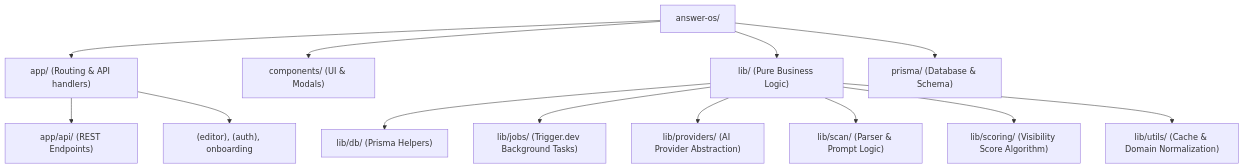
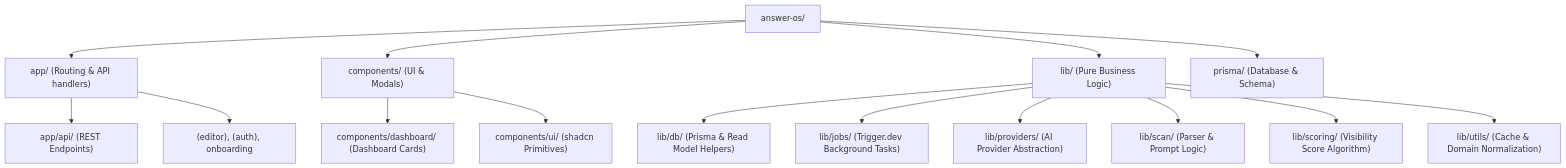
The second of 5 diagrams in context/context/architecture_overview.md (ryonm411-jpg/answer-os), drawn with Mermaid before and after one commit. The commit also changed other lines of this file and 68 other files, not shown here.

````diff
--- a/context/context/architecture_overview.md
+++ b/context/context/architecture_overview.md
@@ -67,18 +72,21 @@
 ```mermaid
 graph TD
     Root["answer-os/"]
     Root --> AppFolder["app/ (Routing & API handlers)"]
     Root --> ComponentsFolder["components/ (UI & Modals)"]
     Root --> LibFolder["lib/ (Pure Business Logic)"]
     Root --> PrismaFolder["prisma/ (Database & Schema)"]
     
     AppFolder --> AppAPI["app/api/ (REST Endpoints)"]
     AppFolder --> AppRoutes["(editor), (auth), onboarding"]
     
-    LibFolder --> LibDB["lib/db/ (Prisma Helpers)"]
+    ComponentsFolder --> CompDashboard["components/dashboard/ (Dashboard Cards)"]
+    ComponentsFolder --> CompUI["components/ui/ (shadcn Primitives)"]
+    
+    LibFolder --> LibDB["lib/db/ (Prisma & Read Model Helpers)"]
     LibFolder --> LibJobs["lib/jobs/ (Trigger.dev Background Tasks)"]
     LibFolder --> LibProviders["lib/providers/ (AI Provider Abstraction)"]
     LibFolder --> LibScan["lib/scan/ (Parser & Prompt Logic)"]
     LibFolder --> LibScoring["lib/scoring/ (Visibility Score Algorithm)"]
     LibFolder --> LibUtils["lib/utils/ (Cache & Domain Normalization)"]
 ```
````
